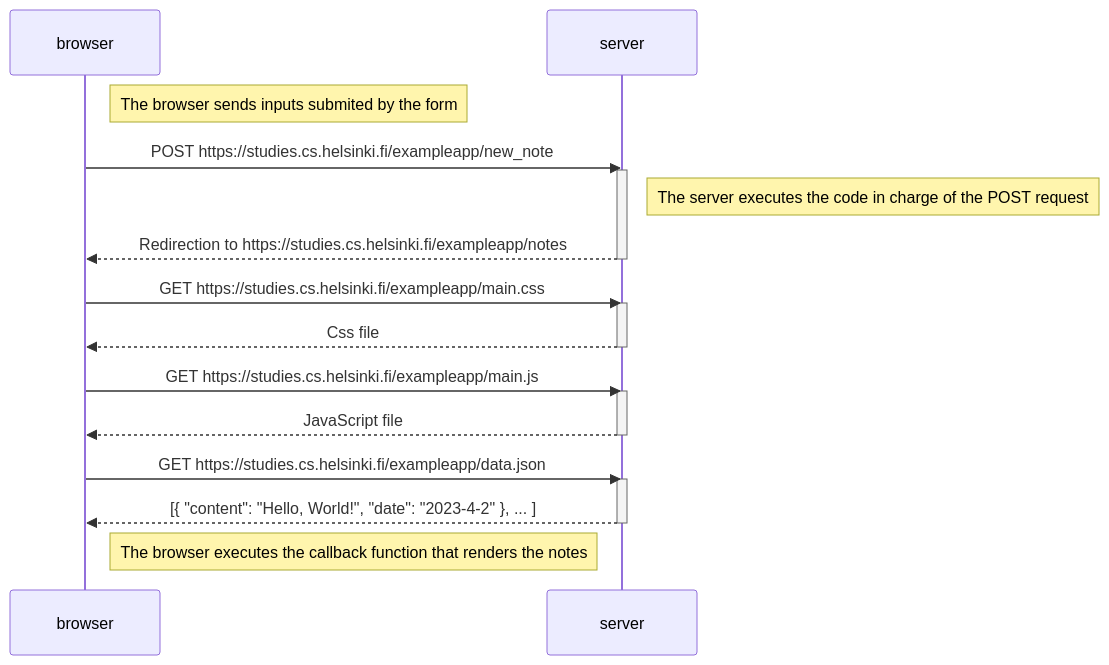
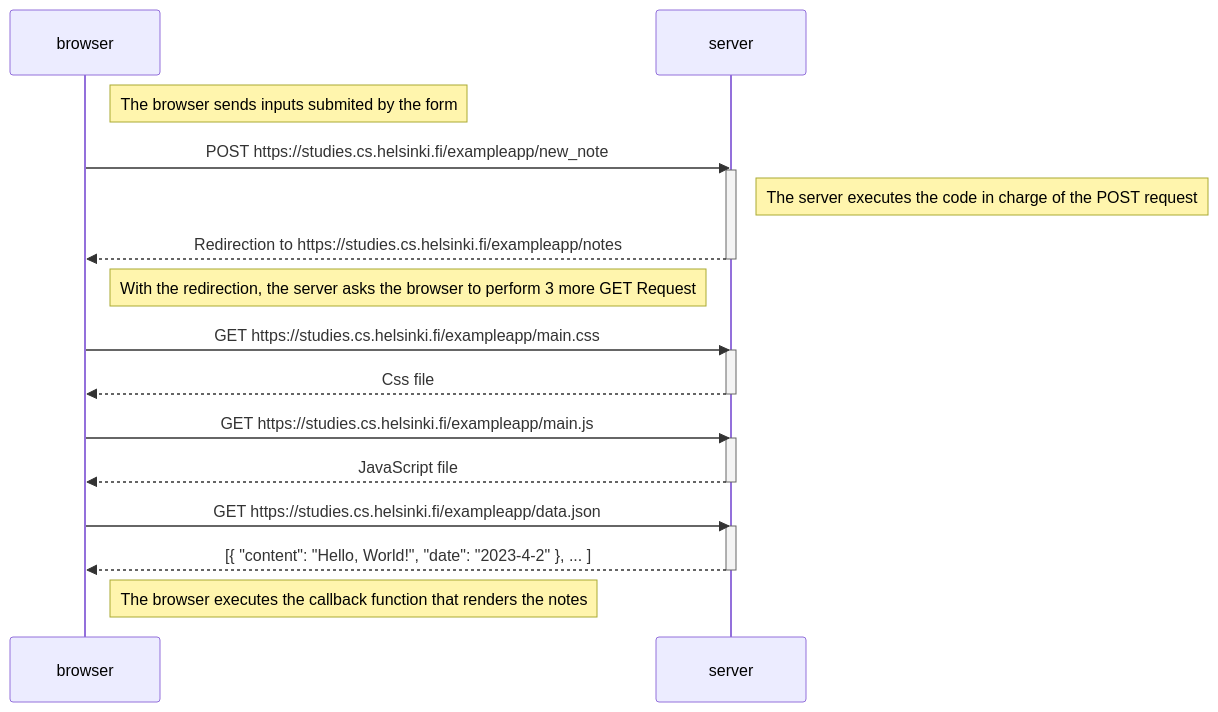
Before and after one commit to Eziones/fullstackopen-exercises: the diagram in part0/0-4.md, drawn with Mermaid.

````diff
--- a/part0/0-4.md
+++ b/part0/0-4.md
@@ -1,31 +1,32 @@
 ```mermaid
 sequenceDiagram
     participant browser
     participant server
     
     Note right of browser: The browser sends inputs submited by the form
     
     browser->>server: POST https://studies.cs.helsinki.fi/exampleapp/new_note
     activate server    
     Note right of server: The server executes the code in charge of the POST request
     server-->>browser: Redirection to https://studies.cs.helsinki.fi/exampleapp/notes
     deactivate server
-        
+    
+    Note right of browser: With the redirection, the server asks the browser to perform 3 more GET Request
     
     browser->>server: GET https://studies.cs.helsinki.fi/exampleapp/main.css
     activate server
     server-->>browser: Css file
     deactivate server
 
     browser->>server: GET https://studies.cs.helsinki.fi/exampleapp/main.js
     activate server
     server-->>browser: JavaScript file
     deactivate server
 
     browser->>server: GET https://studies.cs.helsinki.fi/exampleapp/data.json
     activate server
     server-->>browser: [{ "content": "Hello, World!", "date": "2023-4-2" }, ... ]
     deactivate server
 
     Note right of browser: The browser executes the callback function that renders the notes
 ```
````
